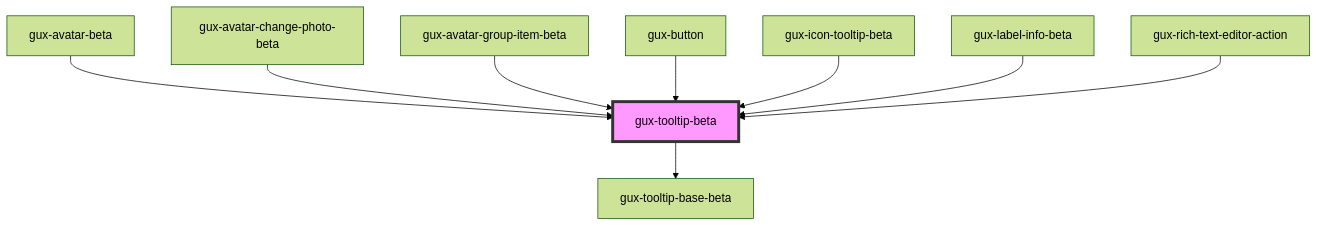
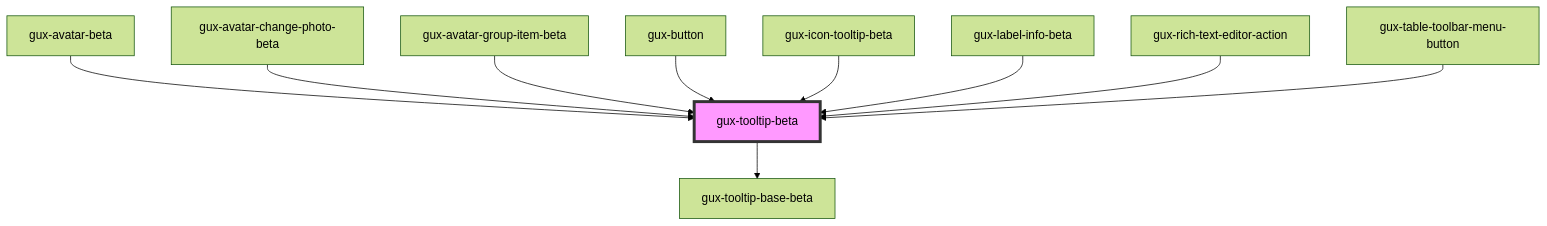
One commit to MyPureCloud/genesys-spark changed the diagram in packages/genesys-spark-components/src/components/beta/gux-tooltip-beta/readme.md. Above: the diagram before and after it, drawn with Mermaid (forest theme). The commit also changed other lines of this file and 6 other files, not shown here.

First line of the commit message:
fix(table-toolbar): fix tooltip overlapping menu when expanded

````diff
--- a/packages/genesys-spark-components/src/components/beta/gux-tooltip-beta/readme.md
+++ b/packages/genesys-spark-components/src/components/beta/gux-tooltip-beta/readme.md
@@ -83,12 +84,13 @@
 ```mermaid
 graph TD;
   gux-tooltip-beta --> gux-tooltip-base-beta
   gux-avatar-beta --> gux-tooltip-beta
   gux-avatar-change-photo-beta --> gux-tooltip-beta
   gux-avatar-group-item-beta --> gux-tooltip-beta
   gux-button --> gux-tooltip-beta
   gux-icon-tooltip-beta --> gux-tooltip-beta
   gux-label-info-beta --> gux-tooltip-beta
   gux-rich-text-editor-action --> gux-tooltip-beta
+  gux-table-toolbar-menu-button --> gux-tooltip-beta
   style gux-tooltip-beta fill:#f9f,stroke:#333,stroke-width:4px
 ```
````
